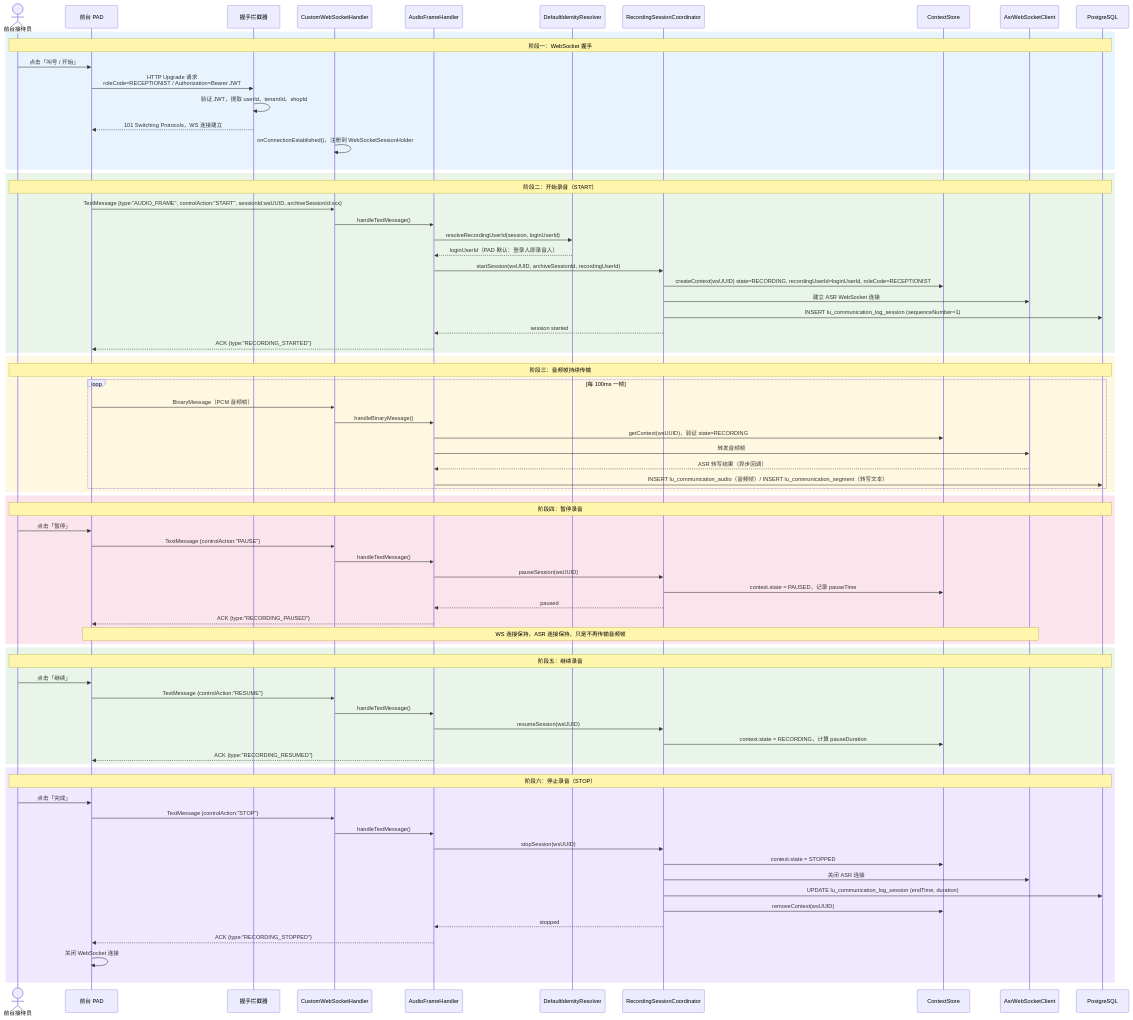
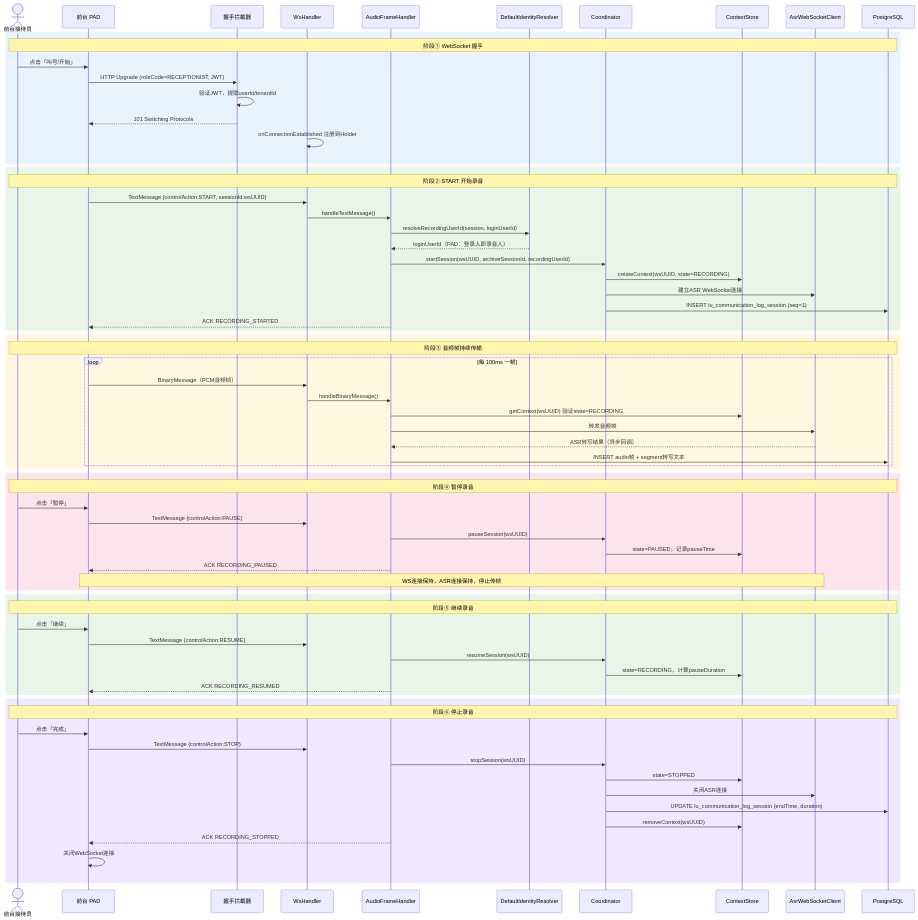
One commit to Gamehu/pictures-bed changed the second of 4 diagrams in uml/goodsop/v1.5-recording/pad-recording.md. Above: the diagram before and after it, drawn with Mermaid. The commit also changed other lines of this file and 2 other files, not shown here.

First line of the commit message:
fix: 修复 Mermaid 架构图渲染问题

````diff
--- a/uml/goodsop/v1.5-recording/pad-recording.md
+++ b/uml/goodsop/v1.5-recording/pad-recording.md
@@ -60,83 +71,77 @@
     actor 前台接待员
     participant PAD as 前台 PAD
     participant Interceptor as 握手拦截器
-    participant Handler as CustomWebSocketHandler
+    participant Handler as WsHandler
     participant AFH as AudioFrameHandler
     participant Resolver as DefaultIdentityResolver
-    participant Coord as RecordingSessionCoordinator
+    participant Coord as Coordinator
     participant Store as ContextStore
     participant ASR as AsrWebSocketClient
     participant DB as PostgreSQL
 
     rect rgb(232, 244, 253)
-        Note over 前台接待员,DB: 阶段一：WebSocket 握手
-        前台接待员 ->> PAD: 点击「叫号 / 开始」
-        PAD ->> Interceptor: HTTP Upgrade 请求<br/>roleCode=RECEPTIONIST / Authorization=Bearer JWT
-        Interceptor ->> Interceptor: 验证 JWT，提取 userId、tenantId、shopId
-        Interceptor -->> PAD: 101 Switching Protocols，WS 连接建立
-        Handler ->> Handler: onConnectionEstablished()，注册到 WebSocketSessionHolder
+        Note over 前台接待员,DB: 阶段① WebSocket 握手
+        前台接待员 ->> PAD: 点击「叫号/开始」
+        PAD ->> Interceptor: HTTP Upgrade (roleCode=RECEPTIONIST, JWT)
+        Interceptor ->> Interceptor: 验证JWT，提取userId/tenantId
+        Interceptor -->> PAD: 101 Switching Protocols
+        Handler ->> Handler: onConnectionEstablished 注册到Holder
     end
 
     rect rgb(232, 245, 232)
-        Note over 前台接待员,DB: 阶段二：开始录音（START）
-        PAD ->> Handler: TextMessage {type:"AUDIO_FRAME", controlAction:"START", sessionId:wsUUID, archiveSessionId:xxx}
+        Note over 前台接待员,DB: 阶段② START 开始录音
+        PAD ->> Handler: TextMessage {controlAction:START, sessionId:wsUUID}
         Handler ->> AFH: handleTextMessage()
         AFH ->> Resolver: resolveRecordingUserId(session, loginUserId)
-        Resolver -->> AFH: loginUserId（PAD 默认：登录人即录音人）
+        Resolver -->> AFH: loginUserId（PAD：登录人即录音人）
         AFH ->> Coord: startSession(wsUUID, archiveSessionId, recordingUserId)
-        Coord ->> Store: createContext(wsUUID) state=RECORDING, recordingUserId=loginUserId, roleCode=RECEPTIONIST
-        Coord ->> ASR: 建立 ASR WebSocket 连接
-        Coord ->> DB: INSERT lu_communication_log_session (sequenceNumber=1)
-        Coord -->> AFH: session started
-        AFH -->> PAD: ACK {type:"RECORDING_STARTED"}
+        Coord ->> Store: createContext(wsUUID, state=RECORDING)
+        Coord ->> ASR: 建立ASR WebSocket连接
+        Coord ->> DB: INSERT lu_communication_log_session (seq=1)
+        AFH -->> PAD: ACK RECORDING_STARTED
     end
 
     rect rgb(255, 248, 225)
-        Note over 前台接待员,DB: 阶段三：音频帧持续传输
+        Note over 前台接待员,DB: 阶段③ 音频帧持续传输
         loop 每 100ms 一帧
-            PAD ->> Handler: BinaryMessage（PCM 音频帧）
+            PAD ->> Handler: BinaryMessage（PCM音频帧）
             Handler ->> AFH: handleBinaryMessage()
-            AFH ->> Store: getContext(wsUUID)，验证 state=RECORDING
+            AFH ->> Store: getContext(wsUUID) 验证state=RECORDING
             AFH ->> ASR: 转发音频帧
-            ASR -->> AFH: ASR 转写结果（异步回调）
-            AFH ->> DB: INSERT lu_communication_audio（音频帧）/ INSERT lu_communication_segment（转写文本）
+            ASR -->> AFH: ASR转写结果（异步回调）
+            AFH ->> DB: INSERT audio帧 + segment转写文本
         end
     end
 
     rect rgb(252, 228, 236)
-        Note over 前台接待员,DB: 阶段四：暂停录音
+        Note over 前台接待员,DB: 阶段④ 暂停录音
         前台接待员 ->> PAD: 点击「暂停」
-        PAD ->> Handler: TextMessage {controlAction:"PAUSE"}
-        Handler ->> AFH: handleTextMessage()
+        PAD ->> Handler: TextMessage {controlAction:PAUSE}
         AFH ->> Coord: pauseSession(wsUUID)
-        Coord ->> Store: context.state = PAUSED，记录 pauseTime
-        Coord -->> AFH: paused
-        AFH -->> PAD: ACK {type:"RECORDING_PAUSED"}
-        Note over PAD,ASR: WS 连接保持，ASR 连接保持，只是不再传输音频帧
+        Coord ->> Store: state=PAUSED，记录pauseTime
+        AFH -->> PAD: ACK RECORDING_PAUSED
+        Note over PAD,ASR: WS连接保持，ASR连接保持，停止传帧
     end
 
     rect rgb(232, 245, 232)
-        Note over 前台接待员,DB: 阶段五：继续录音
+        Note over 前台接待员,DB: 阶段⑤ 继续录音
         前台接待员 ->> PAD: 点击「继续」
-        PAD ->> Handler: TextMessage {controlAction:"RESUME"}
-        Handler ->> AFH: handleTextMessage()
+        PAD ->> Handler: TextMessage {controlAction:RESUME}
         AFH ->> Coord: resumeSession(wsUUID)
-        Coord ->> Store: context.state = RECORDING，计算 pauseDuration
-        AFH -->> PAD: ACK {type:"RECORDING_RESUMED"}
+        Coord ->> Store: state=RECORDING，计算pauseDuration
+        AFH -->> PAD: ACK RECORDING_RESUMED
     end
 
     rect rgb(240, 232, 255)
-        Note over 前台接待员,DB: 阶段六：停止录音（STOP）
+        Note over 前台接待员,DB: 阶段⑥ 停止录音
         前台接待员 ->> PAD: 点击「完成」
-        PAD ->> Handler: TextMessage {controlAction:"STOP"}
-        Handler ->> AFH: handleTextMessage()
+        PAD ->> Handler: TextMessage {controlAction:STOP}
         AFH ->> Coord: stopSession(wsUUID)
-        Coord ->> Store: context.state = STOPPED
-        Coord ->> ASR: 关闭 ASR 连接
+        Coord ->> Store: state=STOPPED
+        Coord ->> ASR: 关闭ASR连接
         Coord ->> DB: UPDATE lu_communication_log_session (endTime, duration)
         Coord ->> Store: removeContext(wsUUID)
-        Coord -->> AFH: stopped
-        AFH -->> PAD: ACK {type:"RECORDING_STOPPED"}
-        PAD ->> PAD: 关闭 WebSocket 连接
+        AFH -->> PAD: ACK RECORDING_STOPPED
+        PAD ->> PAD: 关闭WebSocket连接
     end
 ```
````
